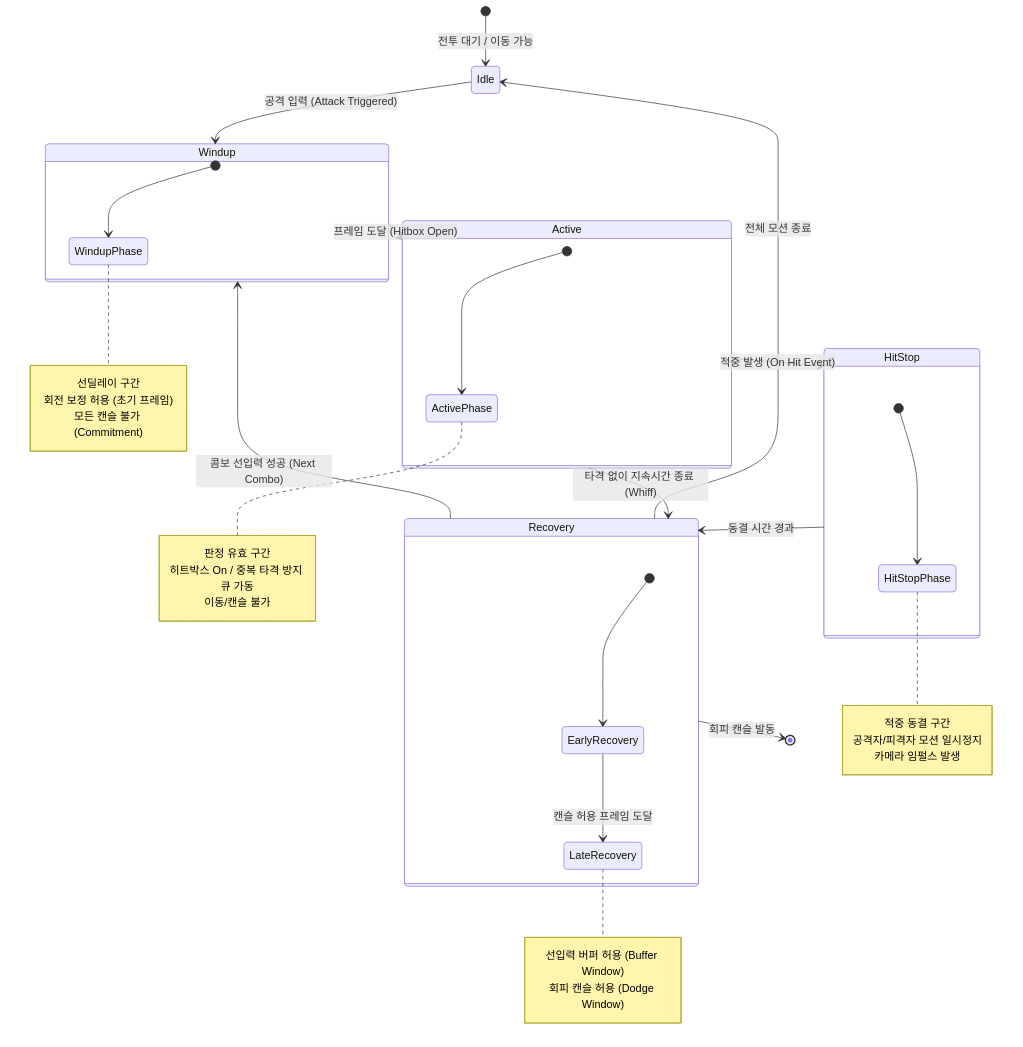
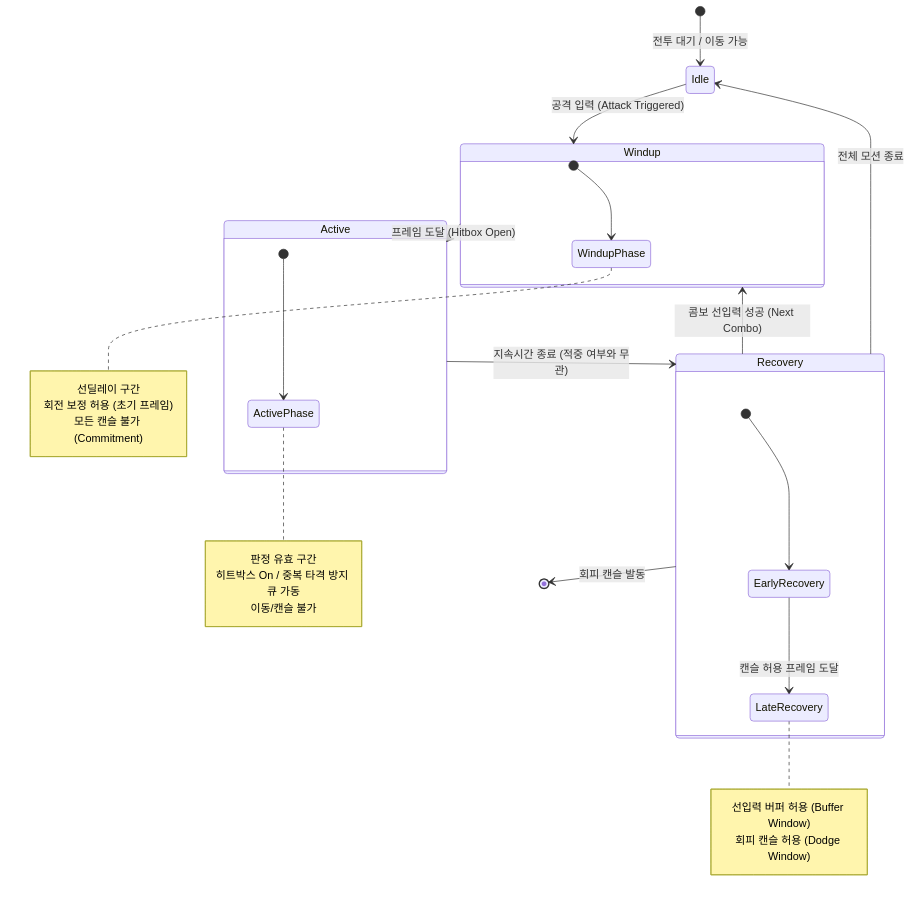
One commit to chahoseong/god-of-war-combat-system changed the second of 3 diagrams in Docs/GDD.md. Above: the diagram before and after it, drawn with Mermaid. The commit also changed other lines of this file, not shown here.

Commit message:
GDD 4.1절 히트스탑을 상태에서 시간 정지로 재정의

````diff
--- a/Docs/GDD.md
+++ b/Docs/GDD.md
@@ -89,38 +89,30 @@
 ```mermaid
 stateDiagram-v2
     [*] --> Idle: 전투 대기 / 이동 가능
     
     Idle --> Windup: 공격 입력 (Attack Triggered)
     
     state Windup {
         [*] --> WindupPhase
         note right of WindupPhase: 선딜레이 구간<br>회전 보정 허용 (초기 프레임)<br>모든 캔슬 불가 (Commitment)
     }
     
     Windup --> Active: 프레임 도달 (Hitbox Open)
     
     state Active {
         [*] --> ActivePhase
         note right of ActivePhase: 판정 유효 구간<br>히트박스 On / 중복 타격 방지 큐 가동<br>이동/캔슬 불가
     }
     
-    Active --> HitStop: 적중 발생 (On Hit Event)
-    Active --> Recovery: 타격 없이 지속시간 종료 (Whiff)
-    
-    state HitStop {
-        [*] --> HitStopPhase
-        note right of HitStopPhase: 적중 동결 구간<br>공격자/피격자 모션 일시정지<br>카메라 임펄스 발생
-    }
-    
-    HitStop --> Recovery: 동결 시간 경과
+    Active --> Recovery: 지속시간 종료 (적중 여부와 무관)
     
     state Recovery {
         [*] --> EarlyRecovery
         EarlyRecovery --> LateRecovery: 캔슬 허용 프레임 도달
         note right of LateRecovery: 선입력 버퍼 허용 (Buffer Window)<br>회피 캔슬 허용 (Dodge Window)
     }
     
     Recovery --> Idle: 전체 모션 종료
     Recovery --> Windup: 콤보 선입력 성공 (Next Combo)
     Recovery --> [*]: 회피 캔슬 발동
 ```
````
